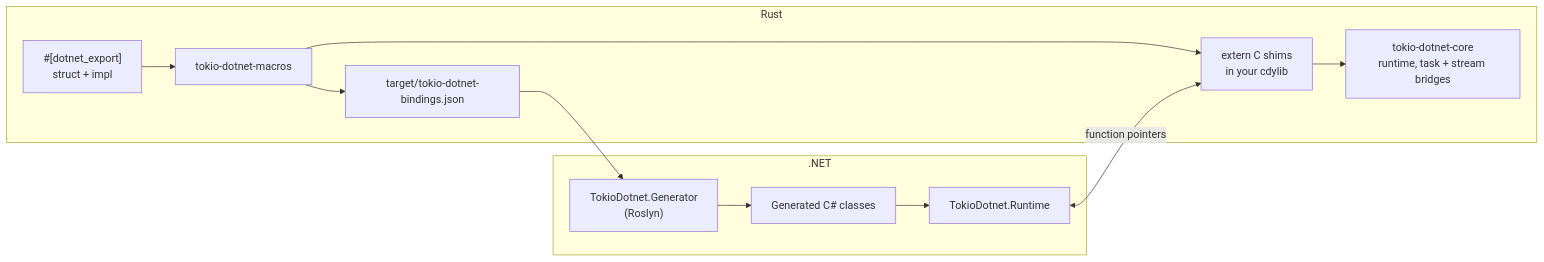
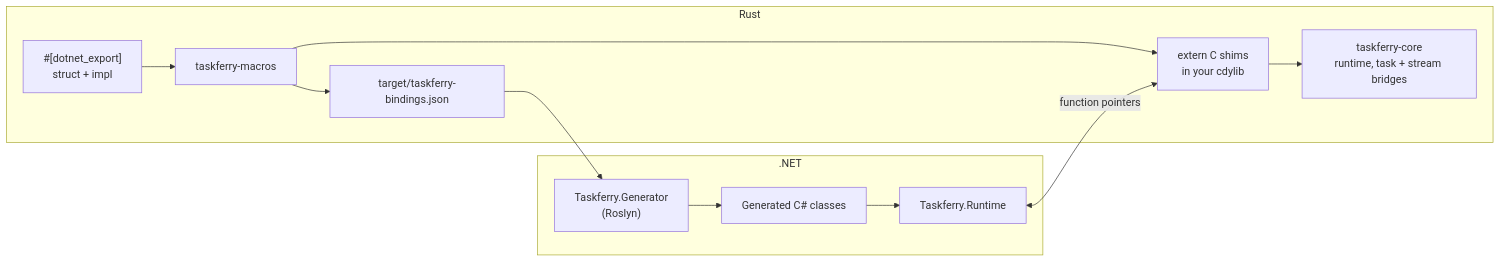
The first of 3 diagrams in README.md (redd34/taskferry), drawn with Mermaid before and after one commit. The commit also changed other lines of this file and 82 other files, not shown here.

````diff
--- a/README.md
+++ b/README.md
@@ -69,15 +69,15 @@
 ```mermaid
 flowchart LR
     subgraph Rust
-        A["#[dotnet_export]<br/>struct + impl"] --> B["tokio-dotnet-macros"]
+        A["#[dotnet_export]<br/>struct + impl"] --> B["taskferry-macros"]
         B --> C["extern C shims<br/>in your cdylib"]
-        B --> D["target/tokio-dotnet-bindings.json"]
-        C --> E["tokio-dotnet-core<br/>runtime, task + stream bridges"]
+        B --> D["target/taskferry-bindings.json"]
+        C --> E["taskferry-core<br/>runtime, task + stream bridges"]
     end
     subgraph .NET
-        D --> F["TokioDotnet.Generator<br/>(Roslyn)"]
+        D --> F["Taskferry.Generator<br/>(Roslyn)"]
         F --> G["Generated C# classes"]
-        G --> H["TokioDotnet.Runtime"]
+        G --> H["Taskferry.Runtime"]
     end
     H <-- "function pointers" --> C
 ```
````
